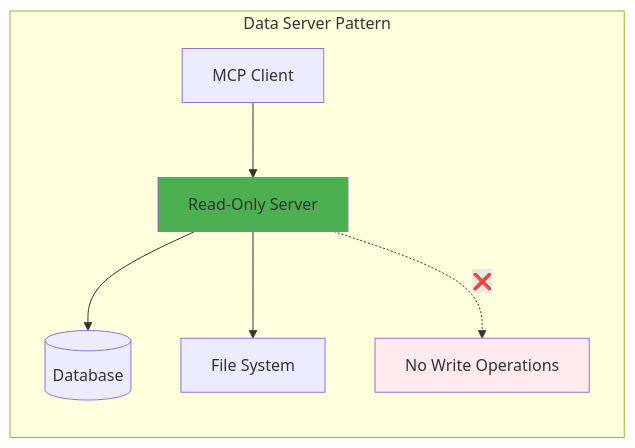
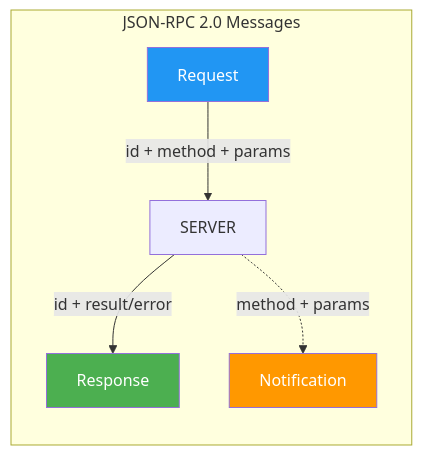
One commit to felipepimentel/my-public-notes changed diagram 12 of 39 in AI/Comunicação/MCP/00-mcp-presentation-zero to hero.md. Above: the diagram before and after it, drawn with Mermaid. The commit also changed other lines of this file, not shown here.

````diff
--- a/AI/Comunicação/MCP/00-mcp-presentation-zero to hero.md
+++ b/AI/Comunicação/MCP/00-mcp-presentation-zero to hero.md
@@ -478,13 +323,12 @@
 ```mermaid
 graph LR
-    subgraph "Data Server Pattern"
-        CLIENT[MCP Client] --> SERVER[Read-Only Server]
-        SERVER --> DB[(Database)]
-        SERVER --> FILES[File System]
-        
-        SERVER -.->|❌| WRITE[No Write Operations]
+    subgraph "JSON-RPC 2.0 Messages"
+        REQ[Request] --> |id + method + params| SERVER
+        SERVER --> |id + result/error| RES[Response]
+        SERVER -.-> |method + params| NOT[Notification]
     end
     
-    style SERVER fill:#4CAF50
-    style WRITE fill:#ffebee
+    style REQ fill:#2196F3,color:#fff
+    style RES fill:#4CAF50,color:#fff
+    style NOT fill:#ff9800,color:#fff
 ```
````
